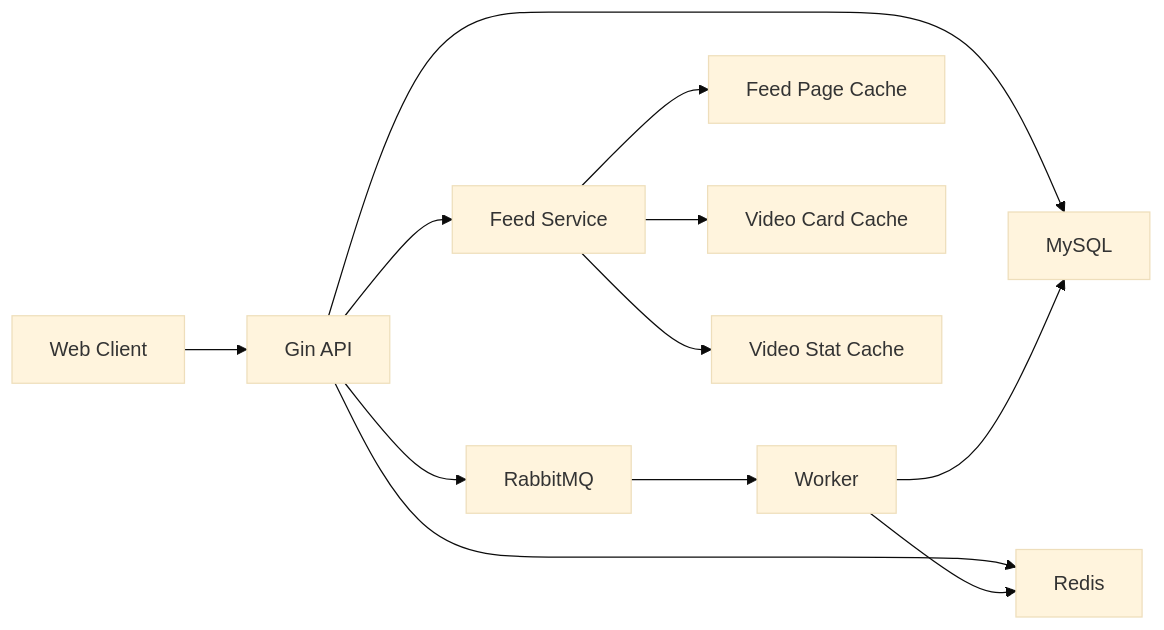
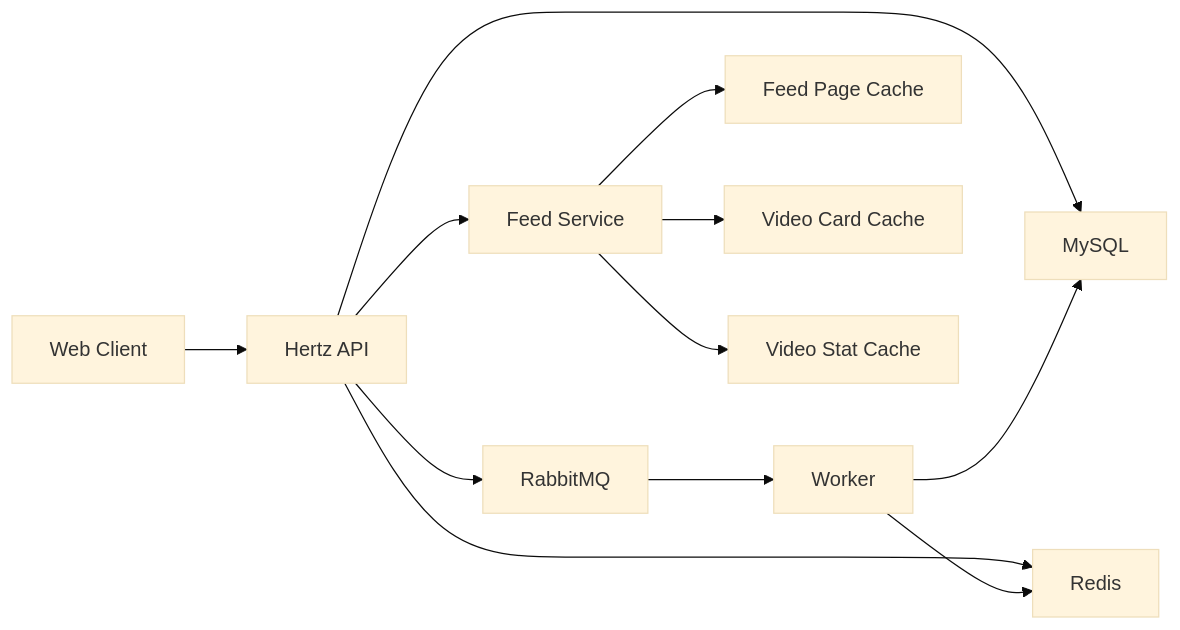
One commit to shiyudesu/frux changed the diagram in docs/optimization.md. Above: the diagram before and after it, drawn with Mermaid (base theme). The commit also changed 51 other files, not shown here.

First line of the commit message:
refactor(api): migrate HTTP server from Gin to Hertz

````diff
--- a/docs/optimization.md
+++ b/docs/optimization.md
@@ -15,15 +15,15 @@
 ```mermaid
 flowchart LR
-    Client["Web Client"] --> API["Gin API"]
+    Client["Web Client"] --> API["Hertz API"]
     API --> MySQL["MySQL"]
     API --> Redis["Redis"]
     API --> RabbitMQ["RabbitMQ"]
     RabbitMQ --> Worker["Worker"]
     Worker --> MySQL
     Worker --> Redis
 
     API --> FeedService["Feed Service"]
     FeedService --> PageCache["Feed Page Cache"]
     FeedService --> CardCache["Video Card Cache"]
     FeedService --> StatCache["Video Stat Cache"]
 ```
````
